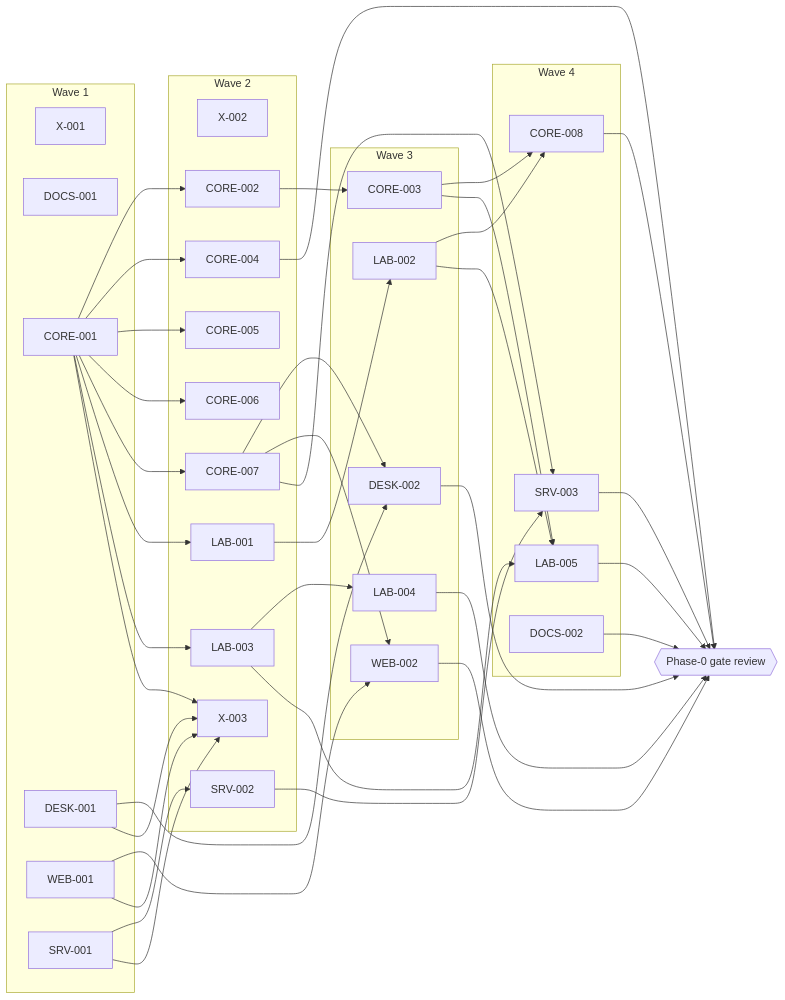
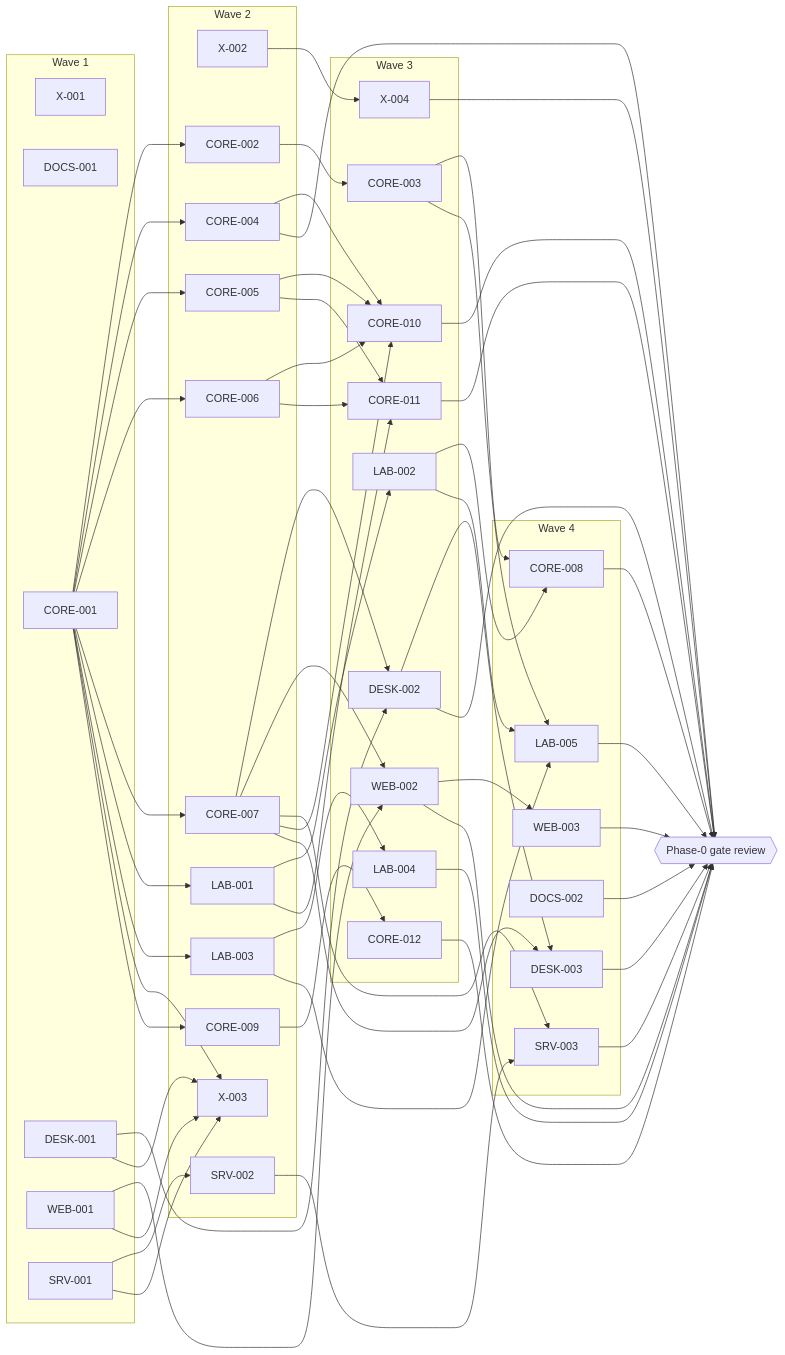
Before and after one commit to BayanDocs/docs: the diagram in plan/05-work-breakdown.md, drawn with Mermaid. The commit also changed other lines of this file and 9 other files, not shown here.

````diff
--- a/plan/05-work-breakdown.md
+++ b/plan/05-work-breakdown.md
@@ -68,46 +75,64 @@
 ```mermaid
 flowchart LR
   subgraph W1["Wave 1"]
     X001[X-001]; DOCS001[DOCS-001]; CORE001[CORE-001]; DESK001[DESK-001]; WEB001[WEB-001]; SRV001[SRV-001]
   end
   subgraph W2["Wave 2"]
-    X002[X-002]; X003[X-003]; CORE002[CORE-002]; CORE004[CORE-004]; CORE005[CORE-005]; CORE006[CORE-006]; CORE007[CORE-007]; LAB001[LAB-001]; LAB003[LAB-003]; SRV002[SRV-002]
+    X002[X-002]; X003[X-003]; CORE002[CORE-002]; CORE004[CORE-004]; CORE005[CORE-005]; CORE006[CORE-006]; CORE007[CORE-007]; LAB001[LAB-001]; LAB003[LAB-003]; SRV002[SRV-002]; CORE009[CORE-009]
   end
   subgraph W3["Wave 3"]
-    CORE003[CORE-003]; LAB002[LAB-002]; LAB004[LAB-004]; DESK002[DESK-002]; WEB002[WEB-002]
+    CORE003[CORE-003]; LAB002[LAB-002]; LAB004[LAB-004]; DESK002[DESK-002]; WEB002[WEB-002]; CORE010[CORE-010]; CORE011[CORE-011]; CORE012[CORE-012]; X004[X-004]
   end
   subgraph W4["Wave 4"]
-    CORE008[CORE-008]; LAB005[LAB-005]; SRV003[SRV-003]; DOCS002[DOCS-002]
+    CORE008[CORE-008]; LAB005[LAB-005]; SRV003[SRV-003]; DOCS002[DOCS-002]; DESK003[DESK-003]; WEB003[WEB-003]
   end
   CORE001 --> CORE002 --> CORE003
   CORE001 --> CORE004
   CORE001 --> CORE005
   CORE001 --> CORE006
   CORE001 --> CORE007
   CORE001 --> LAB001 --> LAB002
   CORE001 --> LAB003 --> LAB004
   SRV001 --> SRV002 --> SRV003
   DESK001 --> DESK002
   WEB001 --> WEB002
   CORE007 --> DESK002
   CORE007 --> WEB002
   CORE007 --> SRV003
   CORE003 --> CORE008
   LAB002 --> CORE008
   LAB002 --> LAB005
   LAB003 --> LAB005
   CORE003 --> LAB005
   CORE001 --> X003
   SRV001 --> X003
   WEB001 --> X003
   DESK001 --> X003
+  CORE001 --> CORE009 --> CORE012
+  CORE004 --> CORE010
+  CORE005 --> CORE010
+  CORE006 --> CORE010
+  CORE007 --> CORE010
+  CORE005 --> CORE011
+  CORE006 --> CORE011
+  LAB001 --> CORE011
+  X002 --> X004
+  DESK002 --> DESK003
+  CORE007 --> DESK003
+  WEB002 --> WEB003
   GATE{{"Phase-0 gate review"}}
   CORE008 --> GATE
   LAB005 --> GATE
   SRV003 --> GATE
   DOCS002 --> GATE
   CORE004 --> GATE
   DESK002 --> GATE
   WEB002 --> GATE
   LAB004 --> GATE
+  CORE010 --> GATE
+  CORE011 --> GATE
+  CORE012 --> GATE
+  X004 --> GATE
+  DESK003 --> GATE
+  WEB003 --> GATE
 ```
````
